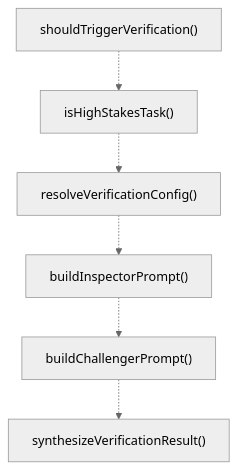
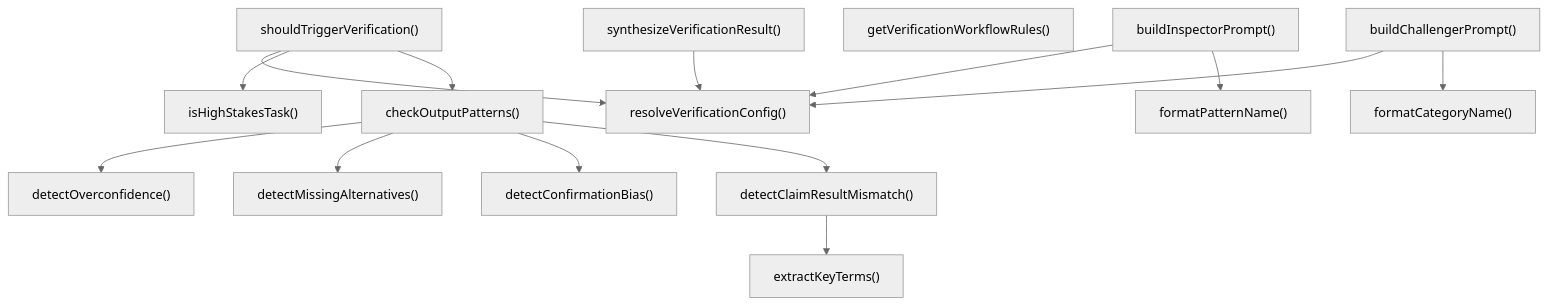
One commit to Mekann2904/mekann changed the second of 2 diagrams in ABDD/.pi/lib/verification-workflow.md. Above: the diagram before and after it, drawn with Mermaid (neutral theme). The commit also changed other lines of this file and 277 other files, not shown here.

````diff
--- a/ABDD/.pi/lib/verification-workflow.md
+++ b/ABDD/.pi/lib/verification-workflow.md
@@ -118,14 +118,31 @@
 ```mermaid
 flowchart TD
-  shouldTriggerVerification["shouldTriggerVerification()"]
+  buildChallengerPrompt["buildChallengerPrompt()"]
+  buildInspectorPrompt["buildInspectorPrompt()"]
+  checkOutputPatterns["checkOutputPatterns()"]
+  detectClaimResultMismatch["detectClaimResultMismatch()"]
+  detectConfirmationBias["detectConfirmationBias()"]
+  detectMissingAlternatives["detectMissingAlternatives()"]
+  detectOverconfidence["detectOverconfidence()"]
+  extractKeyTerms["extractKeyTerms()"]
+  formatCategoryName["formatCategoryName()"]
+  formatPatternName["formatPatternName()"]
+  getVerificationWorkflowRules["getVerificationWorkflowRules()"]
   isHighStakesTask["isHighStakesTask()"]
   resolveVerificationConfig["resolveVerificationConfig()"]
-  buildInspectorPrompt["buildInspectorPrompt()"]
-  buildChallengerPrompt["buildChallengerPrompt()"]
+  shouldTriggerVerification["shouldTriggerVerification()"]
   synthesizeVerificationResult["synthesizeVerificationResult()"]
-  shouldTriggerVerification -.-> isHighStakesTask
-  isHighStakesTask -.-> resolveVerificationConfig
-  resolveVerificationConfig -.-> buildInspectorPrompt
-  buildInspectorPrompt -.-> buildChallengerPrompt
-  buildChallengerPrompt -.-> synthesizeVerificationResult
+  buildChallengerPrompt --> formatCategoryName
+  buildChallengerPrompt --> resolveVerificationConfig
+  buildInspectorPrompt --> formatPatternName
+  buildInspectorPrompt --> resolveVerificationConfig
+  checkOutputPatterns --> detectClaimResultMismatch
+  checkOutputPatterns --> detectConfirmationBias
+  checkOutputPatterns --> detectMissingAlternatives
+  checkOutputPatterns --> detectOverconfidence
+  detectClaimResultMismatch --> extractKeyTerms
+  shouldTriggerVerification --> checkOutputPatterns
+  shouldTriggerVerification --> isHighStakesTask
+  shouldTriggerVerification --> resolveVerificationConfig
+  synthesizeVerificationResult --> resolveVerificationConfig
 ```
````
